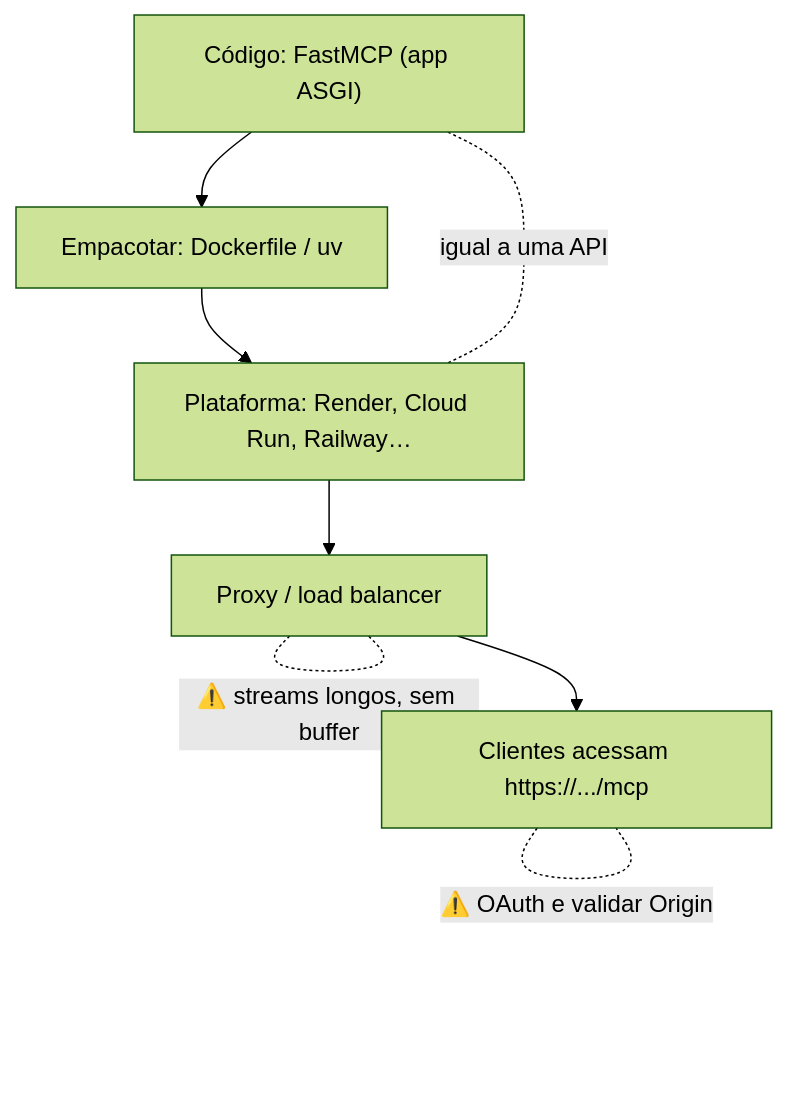
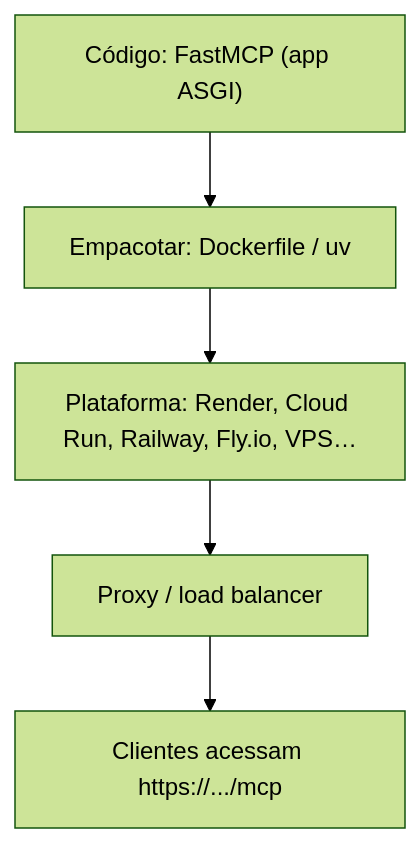
Before and after one commit to FloraRosaPupo/mcp-estudos: the diagram in notas/09-servidores-remotos.md, drawn with Mermaid (forest theme). The commit also changed other lines of this file and 20 other files, not shown here.

````diff
--- a/notas/09-servidores-remotos.md
+++ b/notas/09-servidores-remotos.md
@@ -5,10 +82,7 @@
 ```mermaid
 flowchart TD
     A["Código: FastMCP (app ASGI)"] --> B["Empacotar: Dockerfile / uv"]
-    B --> C["Plataforma: Render, Cloud Run, Railway…"]
+    B --> C["Plataforma: Render, Cloud Run, Railway, Fly.io, VPS…"]
     C --> D["Proxy / load balancer"]
     D --> E["Clientes acessam https://.../mcp"]
-    A -. igual a uma API .- C
-    D -. "⚠️ streams longos, sem buffer" .- D
-    E -. "⚠️ OAuth e validar Origin" .- E
 ```
````
